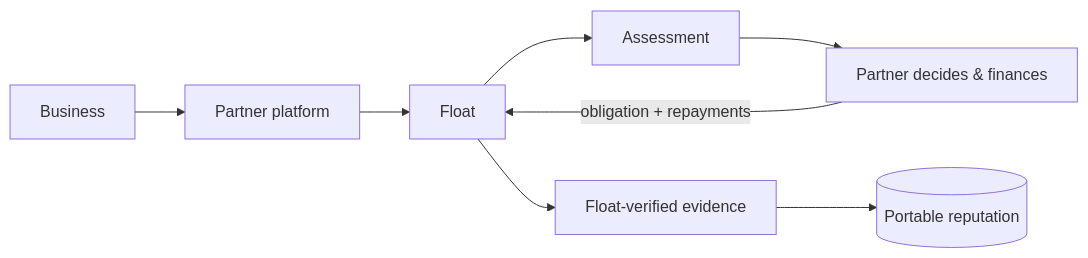
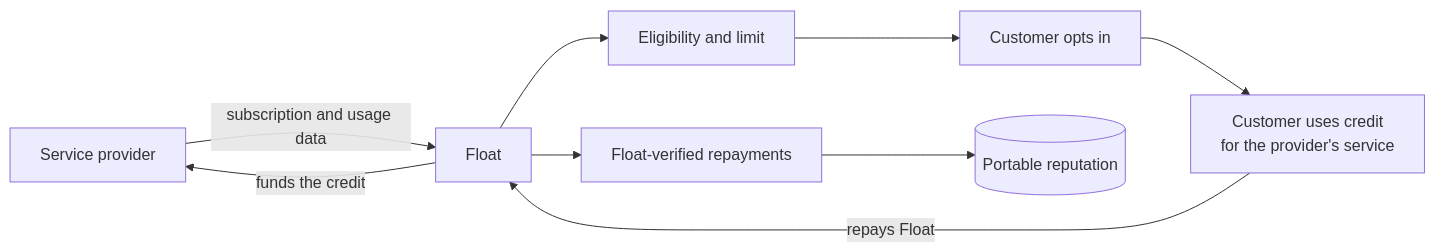
One commit to Samisha68/Float_website changed the diagram in src/docs/content/overview.mdx. Above: the diagram before and after it, drawn with Mermaid. The commit also changed other lines of this file and 7 other files, not shown here.

````diff
--- a/src/docs/content/overview.mdx
+++ b/src/docs/content/overview.mdx
@@ -26,10 +26,11 @@
 ```mermaid
 flowchart LR
-  B[Business] --> P[Partner platform]
-  P --> F[Float]
-  F --> U[Assessment]
-  U --> D[Partner decides & finances]
-  D -- "obligation + repayments" --> F
-  F --> V[Float-verified evidence]
+  P[Service provider] -- "subscription and usage data" --> F[Float]
+  F --> A[Eligibility and limit]
+  A --> C[Customer opts in]
+  C --> U[Customer uses credit<br/>for the provider's service]
+  F -- "funds the credit" --> P
+  U -- "repays Float" --> F
+  F --> V[Float-verified repayments]
   V --> R[(Portable reputation)]
 ```
````
